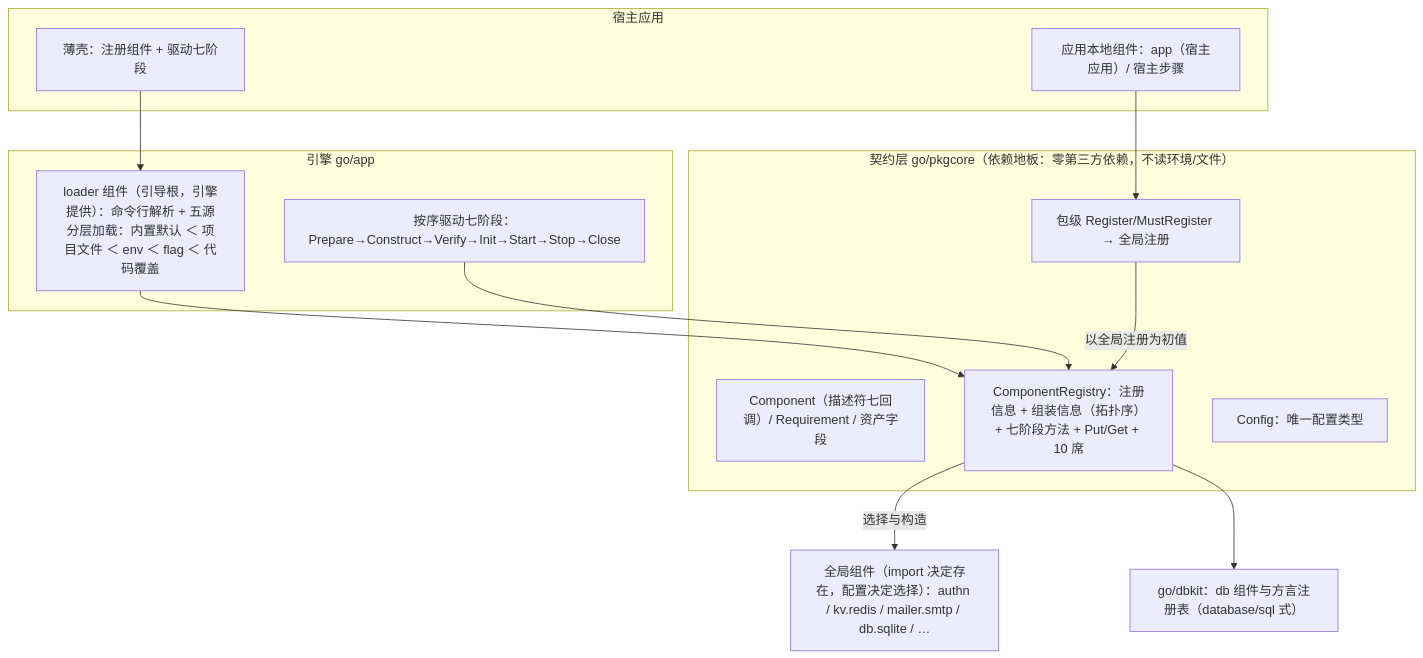
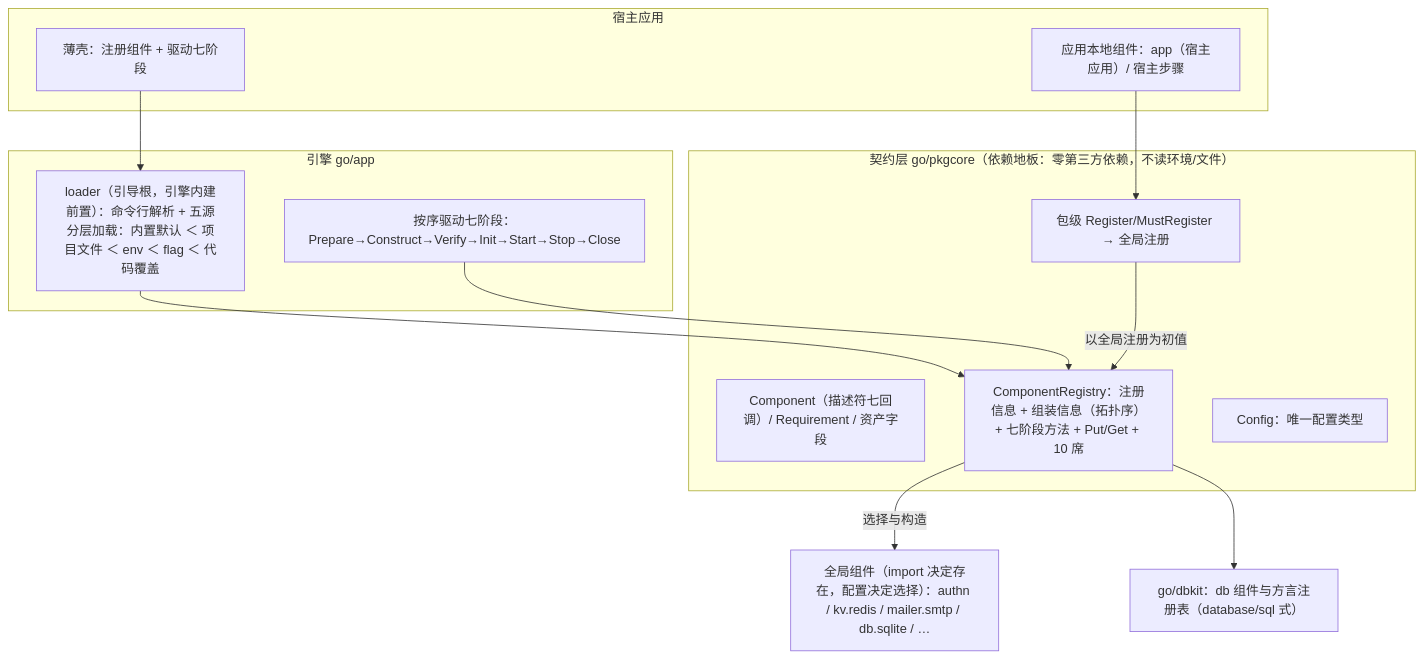
One commit to vislake/speed changed the first of 6 diagrams in docs/internal/29-config-driven-component-assembly.md. Above: the diagram before and after it, drawn with Mermaid. The commit also changed other lines of this file, not shown here.

````diff
--- a/docs/internal/29-config-driven-component-assembly.md
+++ b/docs/internal/29-config-driven-component-assembly.md
@@ -28,30 +28,30 @@
 ```mermaid
 flowchart TB
     subgraph HOST["宿主应用"]
         SHELL["薄壳：注册组件 + 驱动七阶段"]
         LOCAL["应用本地组件：app（宿主应用）/ 宿主步骤"]
     end
 
     subgraph ENG["引擎 go/app"]
-        SRC["loader 组件（引导根，引擎提供）：命令行解析 + 五源分层加载：内置默认 ＜ 项目文件 ＜ env ＜ flag ＜ 代码覆盖"]
+        SRC["loader（引导根，引擎内建前置）：命令行解析 + 五源分层加载：内置默认 ＜ 项目文件 ＜ env ＜ flag ＜ 代码覆盖"]
         ORCH["按序驱动七阶段：Prepare→Construct→Verify→Init→Start→Stop→Close"]
     end
 
     subgraph CORE["契约层 go/pkgcore（依赖地板：零第三方依赖，不读环境/文件）"]
         MODEL["Component（描述符七回调）/ Requirement / 资产字段"]
         REG["ComponentRegistry：注册信息 + 组装信息（拓扑序）+ 七阶段方法 + Put/Get + 10 席"]
         CFG["Config：唯一配置类型"]
         CREG["包级 Register/MustRegister → 全局注册"]
     end
 
     UN["全局组件（import 决定存在，配置决定选择）：authn / kv.redis / mailer.smtp / db.sqlite / …"]
     DBKIT["go/dbkit：db 组件与方言注册表（database/sql 式）"]
 
     SHELL --> SRC
     LOCAL --> CREG
     SRC --> REG
     CREG -->|"以全局注册为初值"| REG
     REG -->|"选择与构造"| UN
     ORCH --> REG
     REG --> DBKIT
 ```
````
